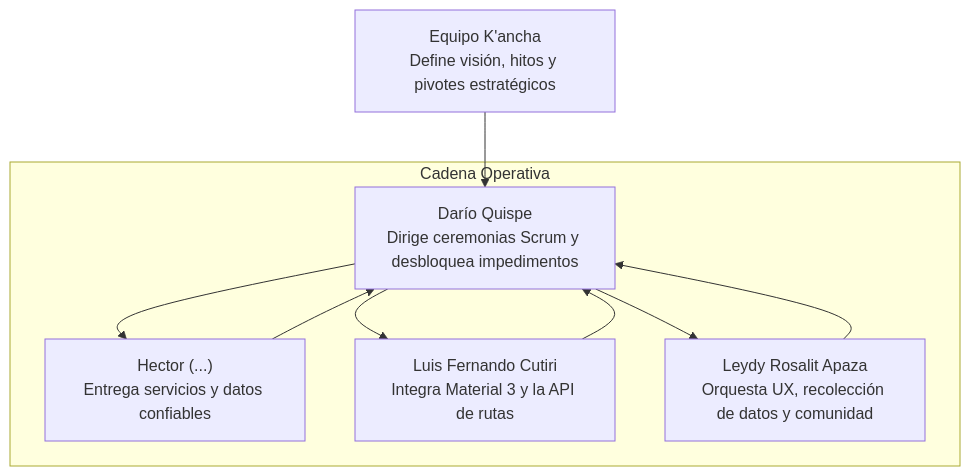
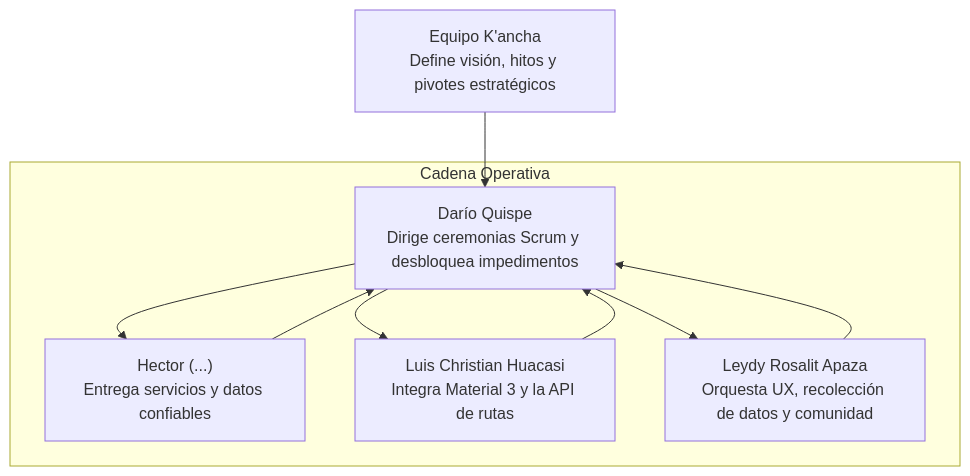
The second of 3 diagrams in DiagramaProyecto.md (ResiliopeDAN/Diagramas-Flujos-Ruta-K-ancha), drawn with Mermaid before and after one commit. The commit also changed other lines of this file, not shown here.

````diff
--- a/DiagramaProyecto.md
+++ b/DiagramaProyecto.md
@@ -18,12 +18,12 @@
 ```mermaid
 flowchart TD
     N0_Equipo["Equipo K'ancha<br/>Define visión, hitos y pivotes estratégicos"] --> N1_Dario
     subgraph Cadena Operativa
         N1_Dario["Darío Quispe<br/>Dirige ceremonias Scrum y desbloquea impedimentos"] --> N2_Hector["Hector (...)<br/>Entrega servicios y datos confiables"]
-        N1_Dario --> N2_Luis["Luis Fernando Cutiri<br/>Integra Material 3 y la API de rutas"]
+        N1_Dario --> N2_Luis["Luis Christian Huacasi<br/>Integra Material 3 y la API de rutas"]
         N1_Dario --> N2_Leydy["Leydy Rosalit Apaza<br/>Orquesta UX, recolección de datos y comunidad"]
     end
     N2_Hector --> N1_Dario
     N2_Luis --> N1_Dario
     N2_Leydy --> N1_Dario
 ```
````
